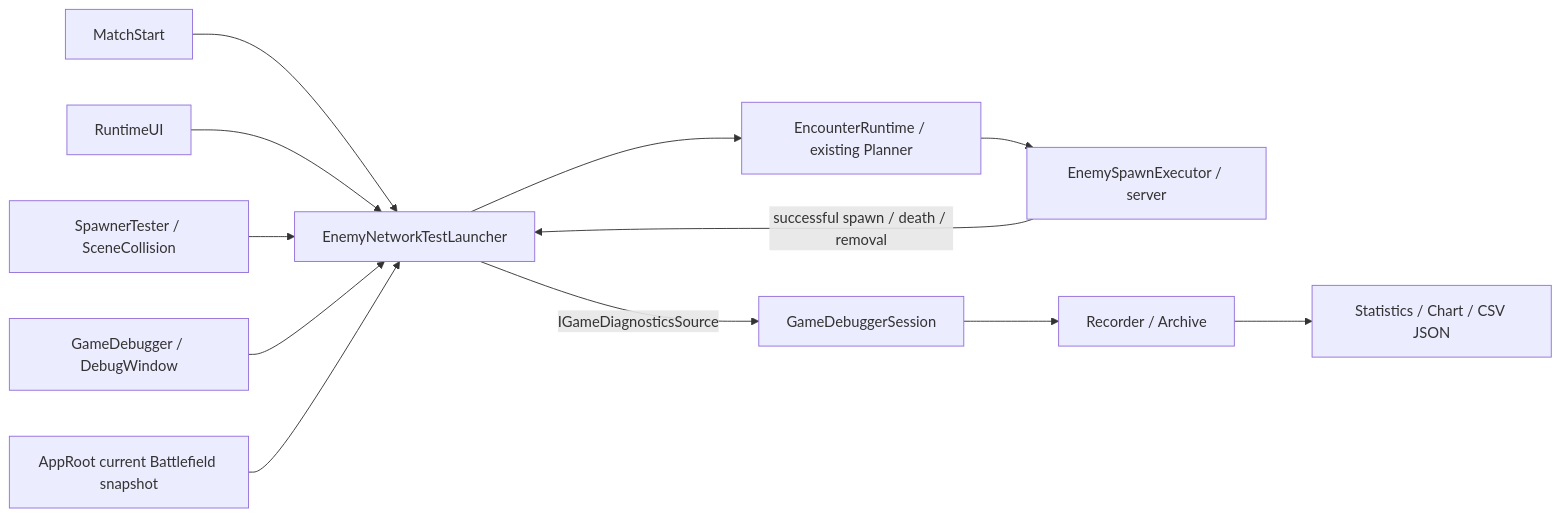
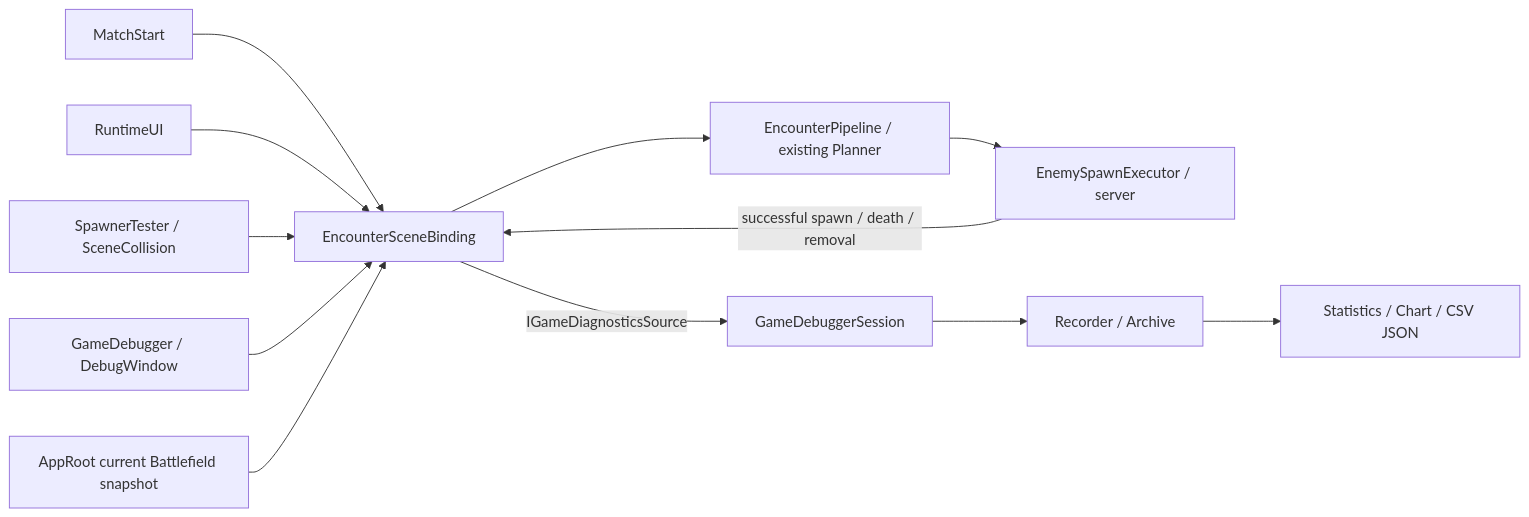
One commit to Team-HJD-21/unity-6-the-developer changed the diagram in Docs/05_tooling/game-debugger-guide.md. Above: the diagram before and after it, drawn with Mermaid. The commit also changed 61 other files, not shown here.

Commit message:
refactor(encounter): connect four-step pipeline and region spawn filtering

````diff
--- a/Docs/05_tooling/game-debugger-guide.md
+++ b/Docs/05_tooling/game-debugger-guide.md
@@ -164,14 +164,14 @@
 ```mermaid
 flowchart LR
-  AUTO[MatchStart] --> L[EnemyNetworkTestLauncher]
+  AUTO[MatchStart] --> L[EncounterSceneBinding]
   UI[RuntimeUI] --> L
   SCENE[SpawnerTester / SceneCollision] --> L
   WINDOW[GameDebugger / DebugWindow] --> L
   CORE[AppRoot current Battlefield snapshot] --> L
-  L --> R[EncounterRuntime / existing Planner]
+  L --> R[EncounterPipeline / existing Planner]
   R --> E[EnemySpawnExecutor / server]
   E -->|successful spawn / death / removal| L
   L -->|IGameDiagnosticsSource| SESSION[GameDebuggerSession]
   SESSION --> REC[Recorder / Archive]
   REC --> CHART[Statistics / Chart / CSV JSON]
 ```
````
